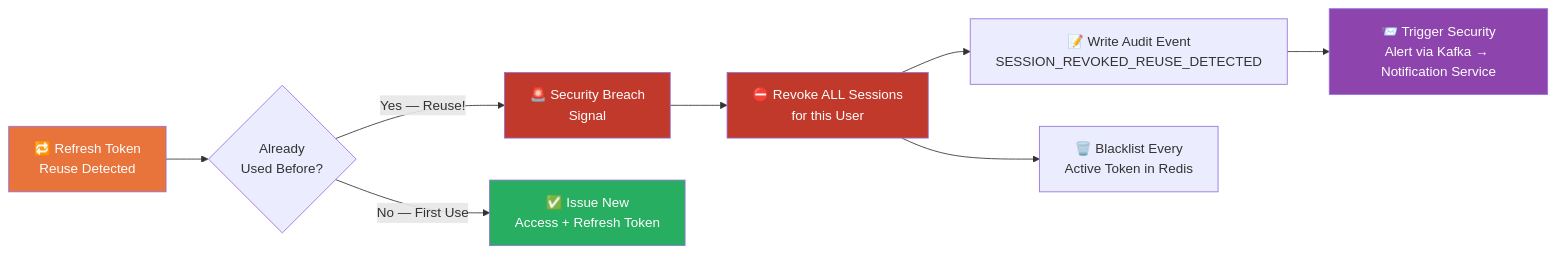
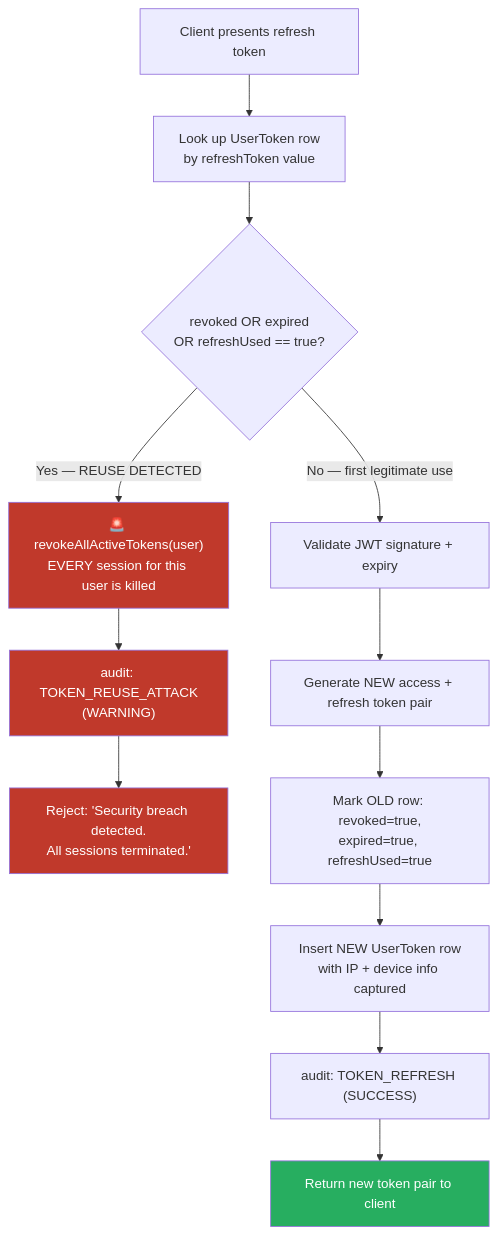
One commit to amarenderreddyvoladri/production-prototype-security-template changed the third of 8 diagrams in README.md. Above: the diagram before and after it, drawn with Mermaid. The commit also changed other lines of this file, not shown here.

````diff
--- a/README.md
+++ b/README.md
@@ -139,16 +140,20 @@
 ```mermaid
-flowchart LR
-    A["🔁 Refresh Token<br/>Reuse Detected"] --> B{"Already<br/>Used Before?"}
-    B -->|Yes — Reuse!| C["🚨 Security Breach<br/>Signal"]
-    B -->|No — First Use| D["✅ Issue New<br/>Access + Refresh Token"]
-    C --> E["⛔ Revoke ALL Sessions<br/>for this User"]
-    E --> F["📝 Write Audit Event<br/>SESSION_REVOKED_REUSE_DETECTED"]
-    E --> G["🗑️ Blacklist Every<br/>Active Token in Redis"]
-    F --> H["📨 Trigger Security<br/>Alert via Kafka → Notification Service"]
+flowchart TD
+    A["Client presents refresh token"] --> B["Look up UserToken row<br/>by refreshToken value"]
+    B --> C{"revoked OR expired<br/>OR refreshUsed == true?"}
+    C -->|"Yes — REUSE DETECTED"| D["🚨 revokeAllActiveTokens(user)<br/>EVERY session for this user is killed"]
+    D --> E["audit: TOKEN_REUSE_ATTACK<br/>(WARNING)"]
+    E --> F["Reject: 'Security breach detected.<br/>All sessions terminated.'"]
 
-    style A fill:#E8743B,color:#fff
-    style C fill:#C0392B,color:#fff
+    C -->|"No — first legitimate use"| G["Validate JWT signature + expiry"]
+    G --> H["Generate NEW access + refresh token pair"]
+    H --> I["Mark OLD row: revoked=true,<br/>expired=true, refreshUsed=true"]
+    I --> J["Insert NEW UserToken row<br/>with IP + device info captured"]
+    J --> K["audit: TOKEN_REFRESH (SUCCESS)"]
+    K --> L["Return new token pair to client"]
+
+    style D fill:#C0392B,color:#fff
     style E fill:#C0392B,color:#fff
-    style D fill:#27AE60,color:#fff
-    style H fill:#8E44AD,color:#fff
+    style F fill:#C0392B,color:#fff
+    style L fill:#27AE60,color:#fff
 ```
````
